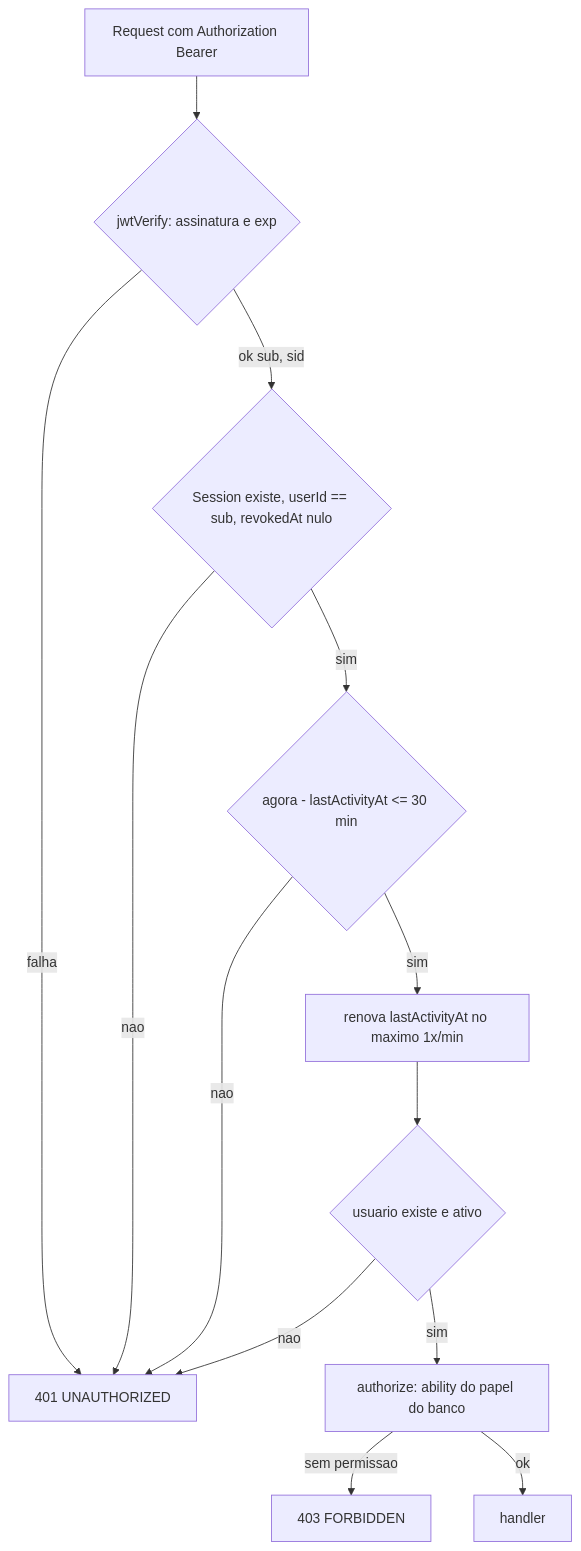
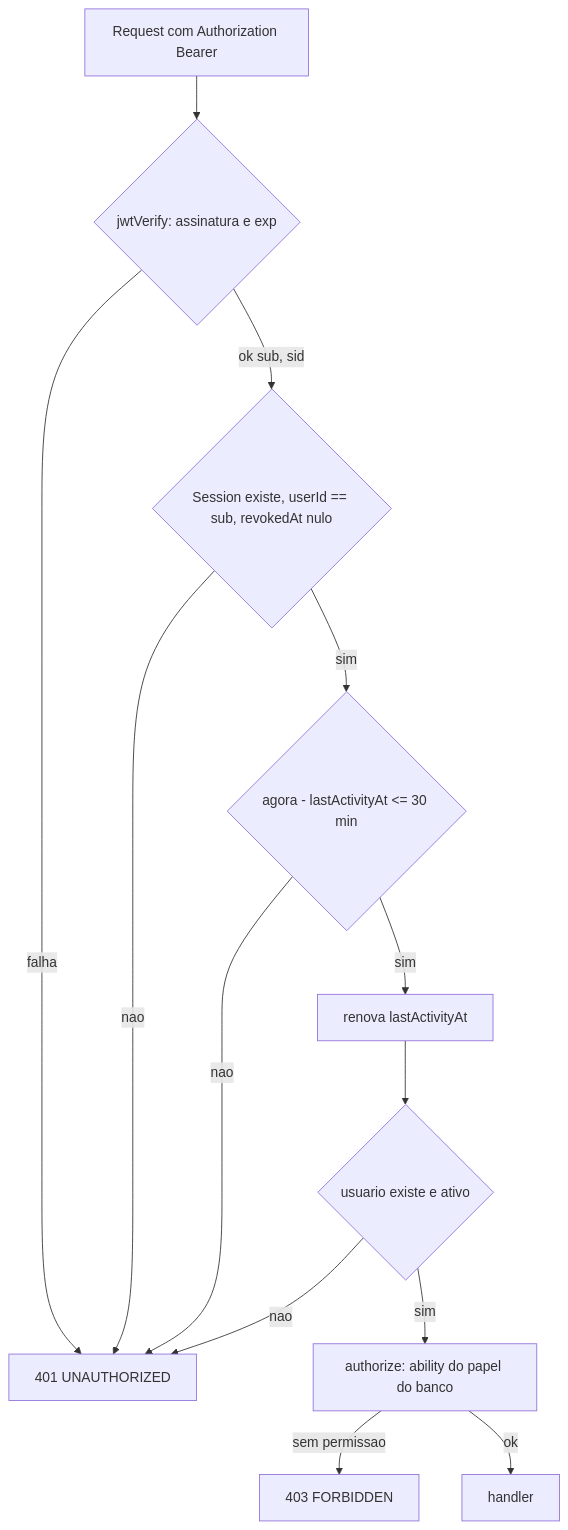
The second of 2 diagrams in .specs/features/admin-authentication/design.md (ViniciusGGomes/Hackarun-Gyarados), drawn with Mermaid before and after one commit. The commit also changed other lines of this file and 2 other files, not shown here.

````diff
--- a/.specs/features/admin-authentication/design.md
+++ b/.specs/features/admin-authentication/design.md
@@ -43,15 +44,15 @@
 ```mermaid
 flowchart TD
     A[Request com Authorization Bearer] --> B{jwtVerify: assinatura e exp}
     B -- falha --> X[401 UNAUTHORIZED]
     B -- ok sub, sid --> C{Session existe, userId == sub, revokedAt nulo}
     C -- nao --> X
     C -- sim --> D{agora - lastActivityAt <= 30 min}
     D -- nao --> X
-    D -- sim --> E[renova lastActivityAt no maximo 1x/min]
+    D -- sim --> E[renova lastActivityAt]
     E --> F{usuario existe e ativo}
     F -- nao --> X
     F -- sim --> G[authorize: ability do papel do banco]
     G -- sem permissao --> Y[403 FORBIDDEN]
     G -- ok --> H[handler]
 ```
````
